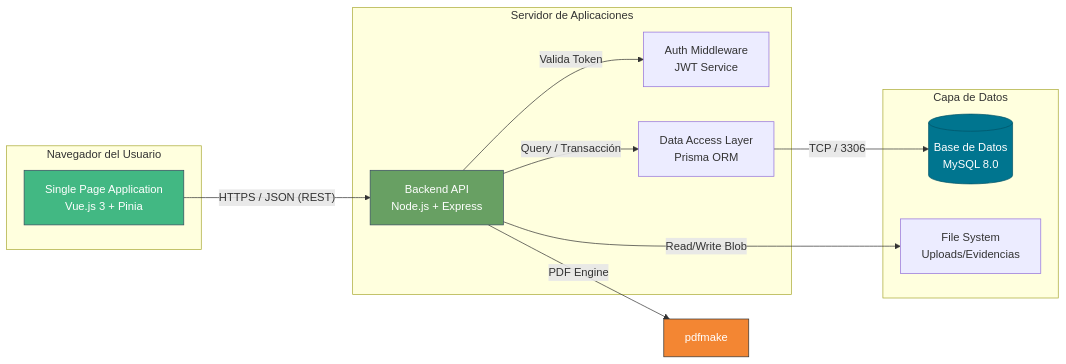
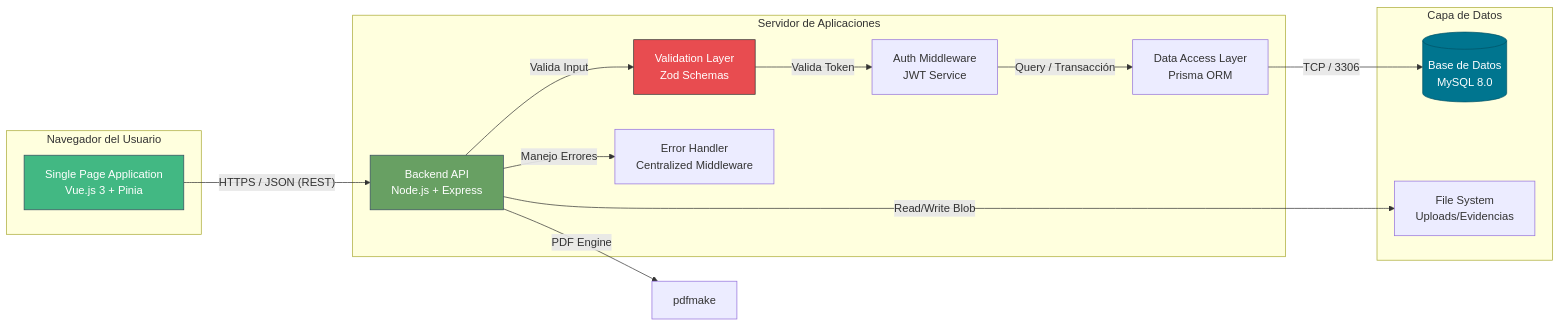
One commit to herwingx/inventario-ti-lds changed the first of 2 diagrams in docs/ARQUITECTURA_TECNOLOGIA.md. Above: the diagram before and after it, drawn with Mermaid. The commit also changed other lines of this file and 65 other files, not shown here.

First line of the commit message:
refactor(server): implement staff engineer architecture and security hardening

````diff
--- a/docs/ARQUITECTURA_TECNOLOGIA.md
+++ b/docs/ARQUITECTURA_TECNOLOGIA.md
@@ -11,29 +11,33 @@
 ```mermaid
 graph LR
     subgraph "Navegador del Usuario"
         SPA[Single Page Application<br/>Vue.js 3 + Pinia]
     end
 
     subgraph "Servidor de Aplicaciones"
         API[Backend API<br/>Node.js + Express]
         Auth[Auth Middleware<br/>JWT Service]
+        Valid[Validation Layer<br/>Zod Schemas]
+        Err[Error Handler<br/>Centralized Middleware]
         ORM[Data Access Layer<br/>Prisma ORM]
     end
 
     subgraph "Capa de Datos"
         DB[(Base de Datos<br/>MySQL 8.0)]
         FS[File System<br/>Uploads/Evidencias]
     end
 
     SPA -- "HTTPS / JSON (REST)" --> API
-    API -- "Valida Token" --> Auth
-    API -- "Query / Transacción" --> ORM
+    API -- "Valida Input" --> Valid
+    Valid -- "Valida Token" --> Auth
+    Auth -- "Query / Transacción" --> ORM
     ORM -- "TCP / 3306" --> DB
+    API -- "Manejo Errores" --> Err
     API -- "Read/Write Blob" --> FS
     API -- "PDF Engine" --> pdfmake[pdfmake]
     
     style SPA fill:#42b883,stroke:#35495e,color:#fff
     style API fill:#68a063,stroke:#35495e,color:#fff
     style DB fill:#00758f,stroke:#005467,color:#fff
-    style pdfmake fill:#f38633,stroke:#333,color:#fff
+    style Valid fill:#e84c50,stroke:#333,color:#fff
 ```
````
